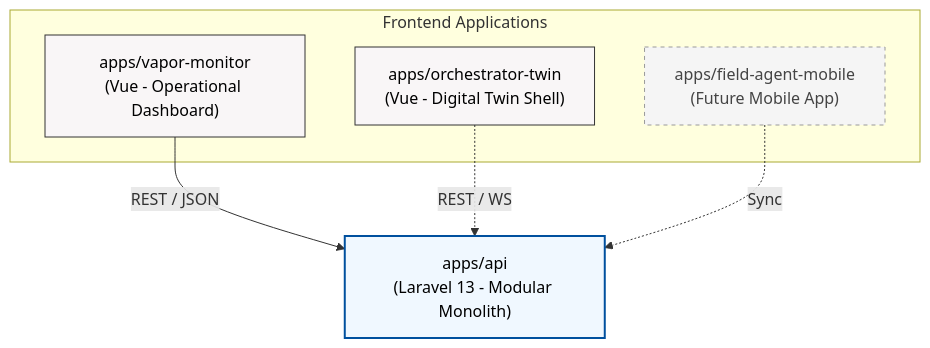
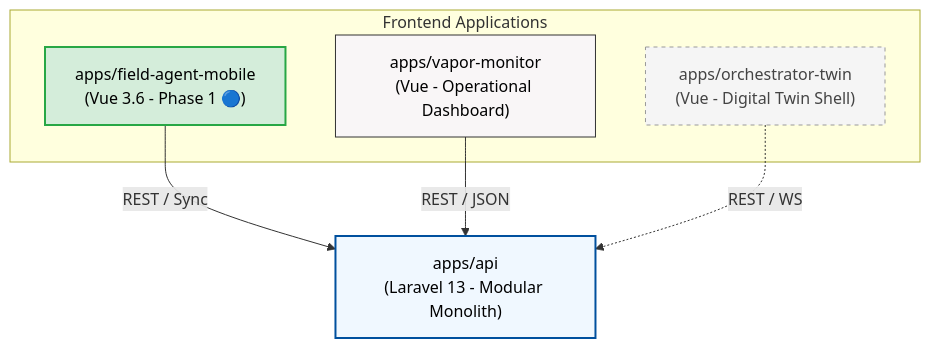
The first of 5 diagrams in README.md (h-builds/nexus-wms), drawn with Mermaid before and after one commit. The commit also changed other lines of this file and 1 other file, not shown here.

Commit message:
docs: update project roadmap to reflect Phase 0 completion and initiate Phase 1 Field-Agent Mobile development

````diff
--- a/README.md
+++ b/README.md
@@ -43,18 +61,19 @@
 ```mermaid
 flowchart TD
     classDef backend fill:#f0f8ff,stroke:#00509E,stroke-width:2px,color:#000
     classDef currentFrontend fill:#f9f6f7,stroke:#333,stroke-width:1px,color:#000
+    classDef activeFrontend fill:#d4edda,stroke:#28a745,stroke-width:2px,color:#000
     classDef futureFrontend fill:#f5f5f5,stroke:#999,stroke-width:1px,stroke-dasharray: 4 4,color:#444
 
     API["apps/api\n(Laravel 13 - Modular Monolith)"]:::backend
 
     subgraph Frontends ["Frontend Applications"]
+        Mobile["apps/field-agent-mobile\n(Vue 3.6 - Phase 1 🔵)"]:::activeFrontend
         Monitor["apps/vapor-monitor\n(Vue - Operational Dashboard)"]:::currentFrontend
-        Twin["apps/orchestrator-twin\n(Vue - Digital Twin Shell)"]:::currentFrontend
-        Mobile["apps/field-agent-mobile\n(Future Mobile App)"]:::futureFrontend
+        Twin["apps/orchestrator-twin\n(Vue - Digital Twin Shell)"]:::futureFrontend
     end
 
+    Mobile -->|REST / Sync| API
     Monitor -->|REST / JSON| API
     Twin -.->|REST / WS| API
-    Mobile -.->|Sync| API
 ```
````
